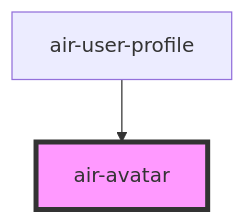
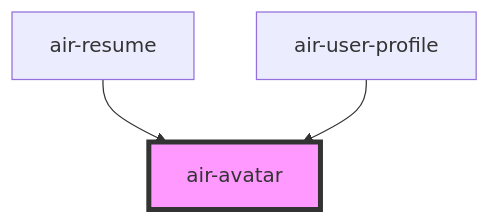
Before and after one commit to openwebstudio/AirUI: the diagram in src/components/avatar/readme.md, drawn with Mermaid. The commit also changed other lines of this file and 23 other files, not shown here.

````diff
--- a/src/components/avatar/readme.md
+++ b/src/components/avatar/readme.md
@@ -26,5 +27,6 @@
 ```mermaid
 graph TD;
+  air-resume --> air-avatar
   air-user-profile --> air-avatar
   style air-avatar fill:#f9f,stroke:#333,stroke-width:4px
 ```
````
